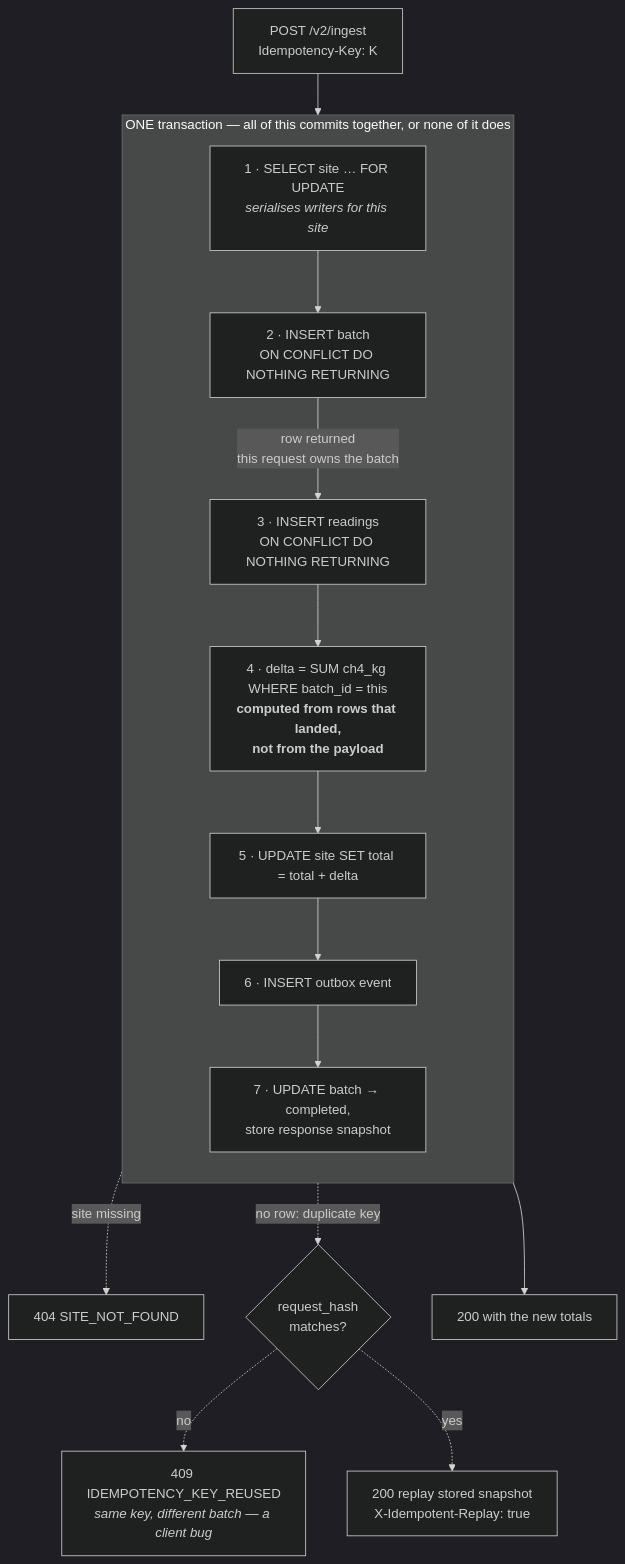
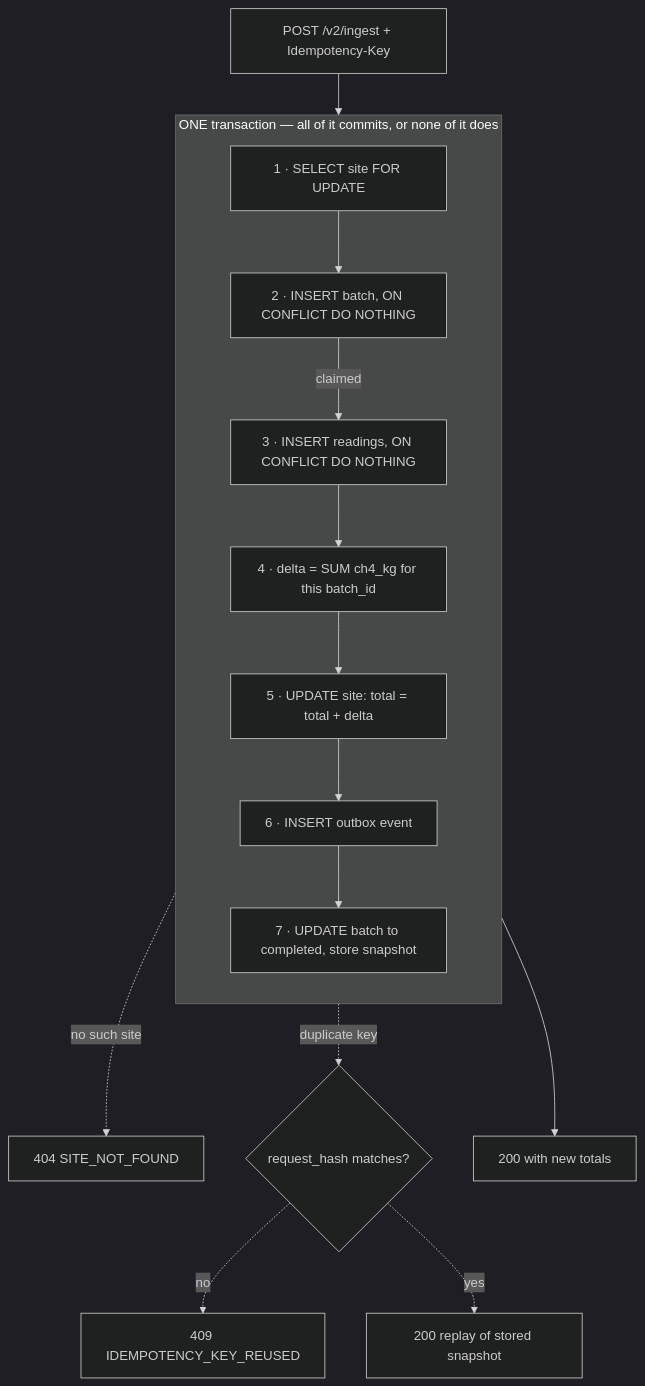
Before and after one commit to luigiv12/hw-project: the third of 3 diagrams in ARCHITECTURE.md, drawn with Mermaid (dark theme). The commit also changed other lines of this file, not shown here.

Commit message:
Remove HTML markup from mermaid labels
GitHub sanitises HTML inside mermaid labels, so <br/> and <i> were stripped and
adjacent words ran together. Labels are shortened to fit on one line instead,
and the emphasis moved to the prose beneath each diagram.

Claude-Session: https://claude.ai/code/session_01DE6EqQGWvFrVZwvff27nXA

````diff
--- a/ARCHITECTURE.md
+++ b/ARCHITECTURE.md
@@ -206,25 +206,25 @@
 ```mermaid
 flowchart TD
-    REQ["POST /v2/ingest<br/>Idempotency-Key: K"] --> LOCK
+    REQ["POST /v2/ingest + Idempotency-Key"] --> LOCK
 
-    subgraph TX["ONE transaction — all of this commits together, or none of it does"]
+    subgraph TX["ONE transaction — all of it commits, or none of it does"]
         direction TB
-        LOCK["1 · SELECT site … FOR UPDATE<br/><i>serialises writers for this site</i>"]
-        CLAIM["2 · INSERT batch<br/>ON CONFLICT DO NOTHING RETURNING"]
-        INS["3 · INSERT readings<br/>ON CONFLICT DO NOTHING RETURNING"]
-        DELTA["4 · delta = SUM ch4_kg WHERE batch_id = this<br/><b>computed from rows that landed,<br/>not from the payload</b>"]
-        UPD["5 · UPDATE site SET total = total + delta"]
+        LOCK["1 · SELECT site FOR UPDATE"]
+        CLAIM["2 · INSERT batch, ON CONFLICT DO NOTHING"]
+        INS["3 · INSERT readings, ON CONFLICT DO NOTHING"]
+        DELTA["4 · delta = SUM ch4_kg for this batch_id"]
+        UPD["5 · UPDATE site: total = total + delta"]
         OBX["6 · INSERT outbox event"]
-        FIN["7 · UPDATE batch → completed,<br/>store response snapshot"]
+        FIN["7 · UPDATE batch to completed, store snapshot"]
 
         LOCK --> CLAIM
-        CLAIM -->|row returned<br/>this request owns the batch| INS
+        CLAIM -->|claimed| INS
         INS --> DELTA --> UPD --> OBX --> FIN
     end
 
-    LOCK -.->|site missing| E404["404 SITE_NOT_FOUND"]
-    CLAIM -.->|no row: duplicate key| DUP{"request_hash<br/>matches?"}
-    DUP -.->|no| E409["409 IDEMPOTENCY_KEY_REUSED<br/><i>same key, different batch — a client bug</i>"]
-    DUP -.->|yes| REPLAY["200 replay stored snapshot<br/>X-Idempotent-Replay: true"]
-    FIN --> OK["200 with the new totals"]
+    LOCK -.->|no such site| E404["404 SITE_NOT_FOUND"]
+    CLAIM -.->|duplicate key| DUP{"request_hash matches?"}
+    DUP -.->|no| E409["409 IDEMPOTENCY_KEY_REUSED"]
+    DUP -.->|yes| REPLAY["200 replay of stored snapshot"]
+    FIN --> OK["200 with new totals"]
 ```
````
